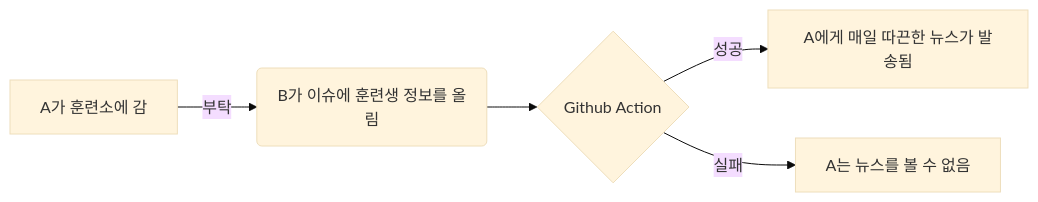
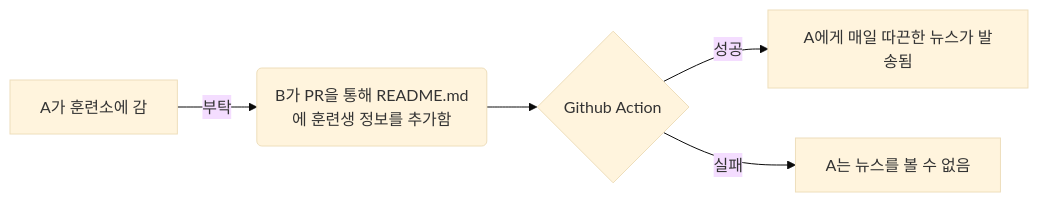
One commit to guzus/nonsan-trainee-news changed the diagram in README.md. Above: the diagram before and after it, drawn with Mermaid (base theme).

````diff
--- a/README.md
+++ b/README.md
@@ -7,7 +7,7 @@
 ```mermaid
 flowchart LR
-A[A가 훈련소에 감] -->|부탁| B(B가 이슈에 훈련생 정보를 올림)
+A[A가 훈련소에 감] -->|부탁| B(B가 PR을 통해 README.md에 훈련생 정보를 추가함)
 B --> C{Github Action}
 C -->|성공| D[A에게 매일 따끈한 뉴스가 발송됨]
 C -->|실패| E[A는 뉴스를 볼 수 없음]
 ```
````
